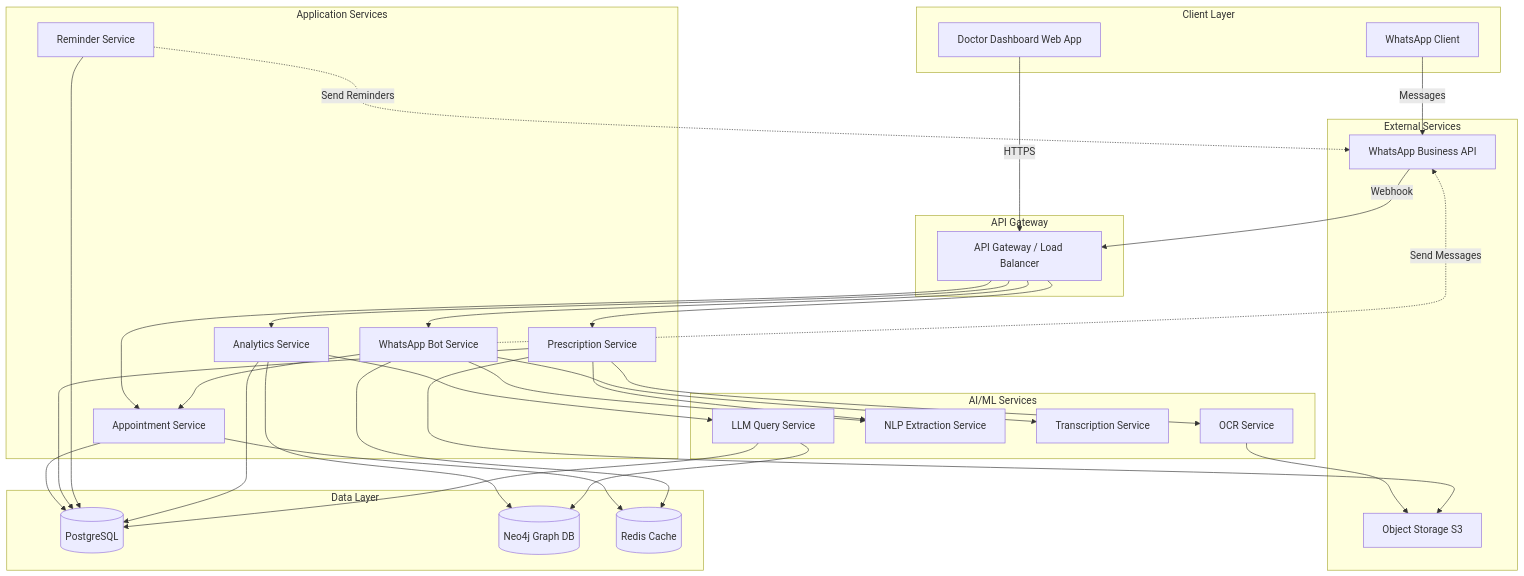
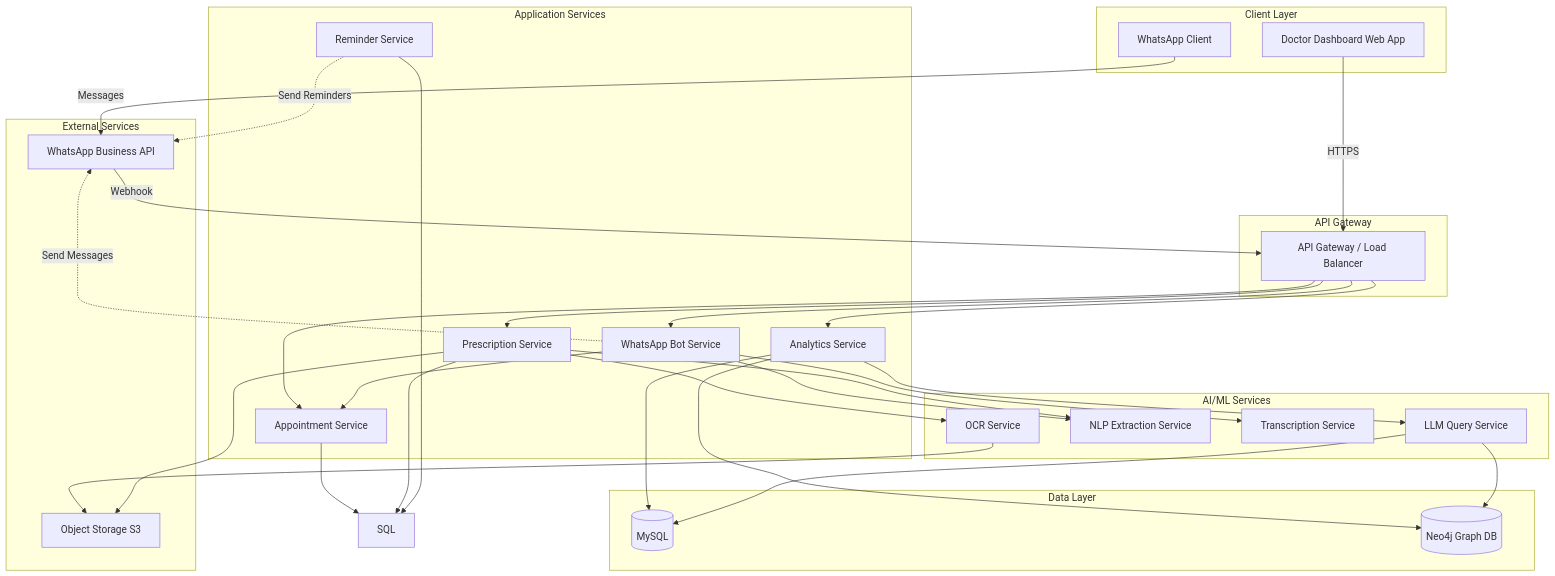
One commit to IVAVI17/Bytebit-Ai changed the diagram in design.md. Above: the diagram before and after it, drawn with Mermaid. The commit also changed other lines of this file and 2 other files, not shown here.

````diff
--- a/design.md
+++ b/design.md
@@ -18,73 +18,69 @@
 ```mermaid
 graph TB
     subgraph "Client Layer"
         WA[WhatsApp Client]
         DB[Doctor Dashboard Web App]
     end
     
     subgraph "API Gateway"
         GW[API Gateway / Load Balancer]
     end
     
     subgraph "Application Services"
         WBS[WhatsApp Bot Service]
         AS[Appointment Service]
         PS[Prescription Service]
         RS[Reminder Service]
         ANS[Analytics Service]
     end
     
     subgraph "AI/ML Services"
         OCR[OCR Service]
         NLP[NLP Extraction Service]
         TS[Transcription Service]
         LLM[LLM Query Service]
     end
     
     subgraph "Data Layer"
-        PG[(PostgreSQL)]
+        PG[(MySQL)]
         NEO[(Neo4j Graph DB)]
-        CACHE[(Redis Cache)]
     end
     
     subgraph "External Services"
         WAPI[WhatsApp Business API]
         STORAGE[Object Storage S3]
     end
     
     WA -->|Messages| WAPI
     WAPI -->|Webhook| GW
     DB -->|HTTPS| GW
     
     GW --> WBS
     GW --> AS
     GW --> PS
     GW --> ANS
     
     WBS --> AS
     WBS --> NLP
     WBS --> TS
     
     PS --> OCR
     PS --> NLP
     
     ANS --> LLM
     
-    AS --> PG
-    PS --> PG
-    RS --> PG
+    AS --> SQL
+    PS --> SQL
+    RS --> SQL
     ANS --> PG
     ANS --> NEO
     
     OCR --> STORAGE
     PS --> STORAGE
     
     LLM --> NEO
     LLM --> PG
     
     WBS -.->|Send Messages| WAPI
     RS -.->|Send Reminders| WAPI
-    
-    AS --> CACHE
-    WBS --> CACHE
 ```
````
